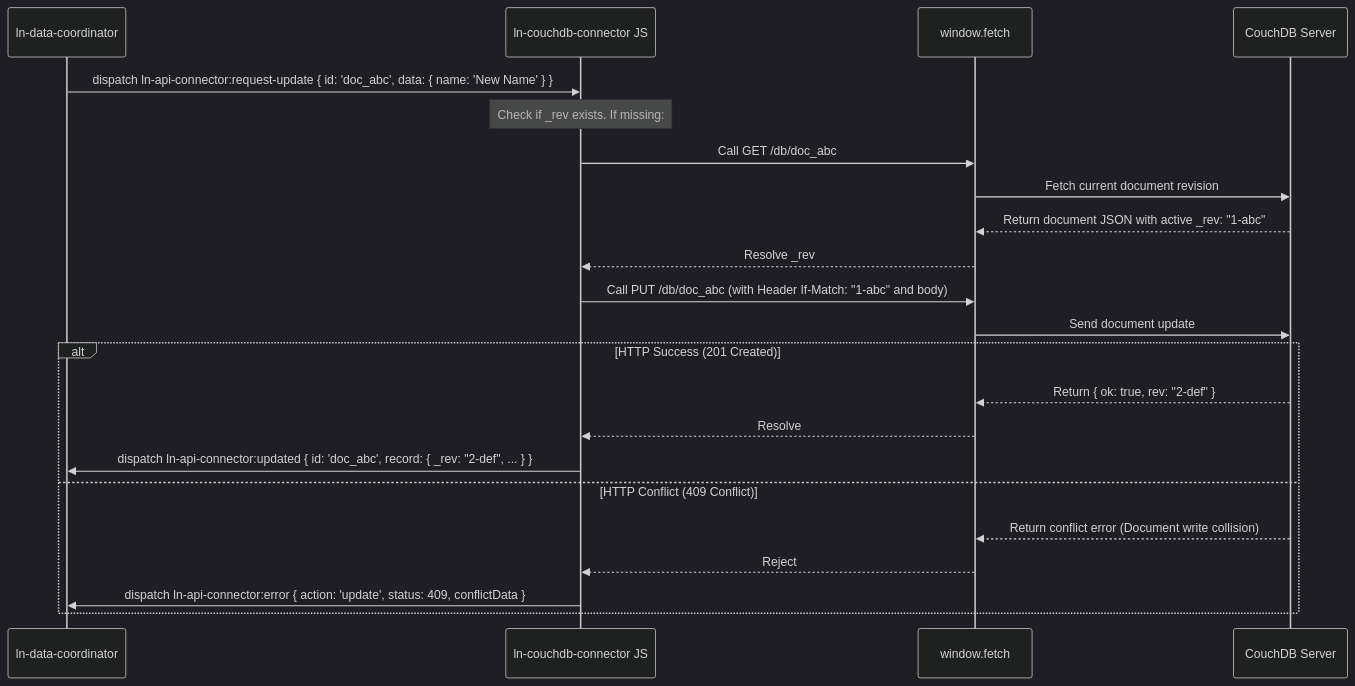
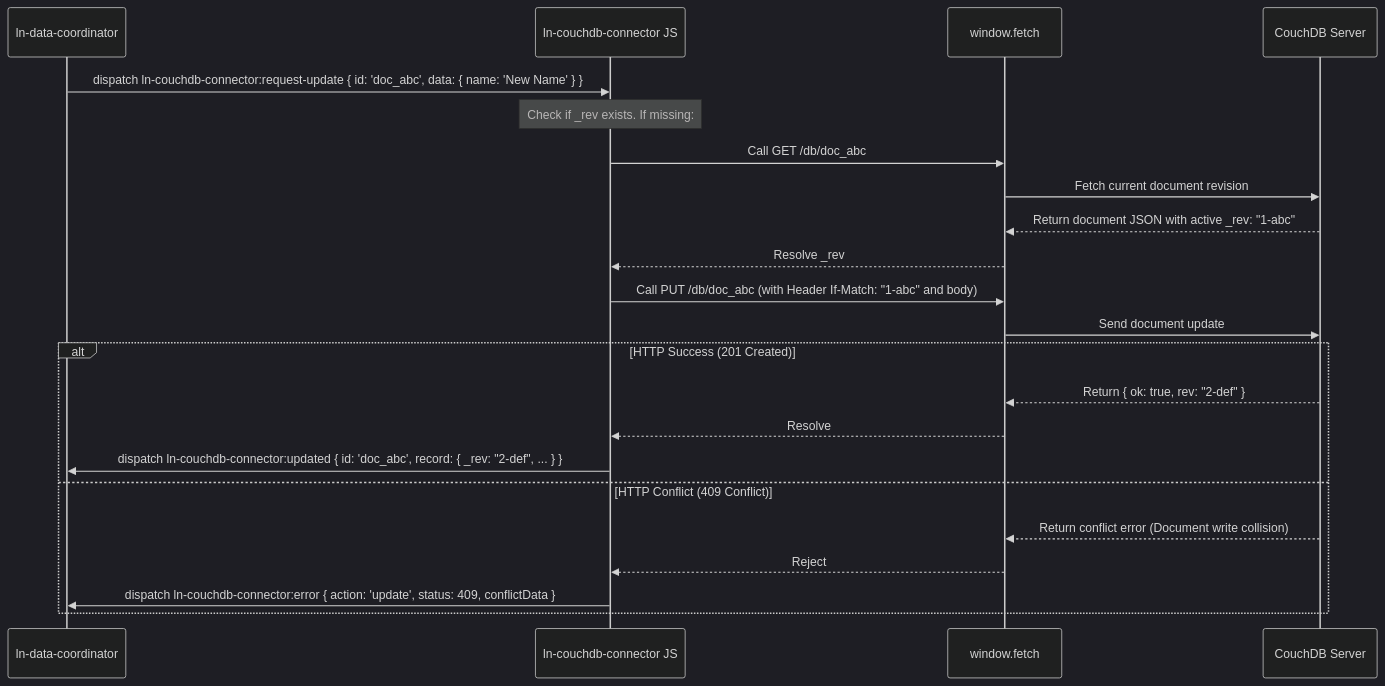
Before and after one commit to livenetworks/ln-ashlar: the diagram in docs-mcp/components/ln-couchdb-connector.md, drawn with Mermaid (dark theme). The commit also changed other lines of this file and 27 other files, not shown here.

Commit message:
refactor(events,connectors): isolate connector namespaces, purge request-fetch alias, and align event schemas

````diff
--- a/docs-mcp/components/ln-couchdb-connector.md
+++ b/docs-mcp/components/ln-couchdb-connector.md
@@ -120,28 +118,28 @@
 ```mermaid
 sequenceDiagram
     participant Coordinator as ln-data-coordinator
     participant Connector as ln-couchdb-connector JS
     participant Fetch as window.fetch
     participant CouchDB as CouchDB Server
 
-    Coordinator->>Connector: dispatch ln-api-connector:request-update { id: 'doc_abc', data: { name: 'New Name' } }
+    Coordinator->>Connector: dispatch ln-couchdb-connector:request-update { id: 'doc_abc', data: { name: 'New Name' } }
     Note over Connector: Check if _rev exists. If missing:
     
     Connector->>Fetch: Call GET /db/doc_abc
     Fetch->>CouchDB: Fetch current document revision
     CouchDB-->>Fetch: Return document JSON with active _rev: "1-abc"
     Fetch-->>Connector: Resolve _rev
     
     Connector->>Fetch: Call PUT /db/doc_abc (with Header If-Match: "1-abc" and body)
     Fetch->>CouchDB: Send document update
     
     alt HTTP Success (201 Created)
         CouchDB-->>Fetch: Return { ok: true, rev: "2-def" }
         Fetch-->>Connector: Resolve
-        Connector->>Coordinator: dispatch ln-api-connector:updated { id: 'doc_abc', record: { _rev: "2-def", ... } }
+        Connector->>Coordinator: dispatch ln-couchdb-connector:updated { id: 'doc_abc', record: { _rev: "2-def", ... } }
     else HTTP Conflict (409 Conflict)
         CouchDB-->>Fetch: Return conflict error (Document write collision)
         Fetch-->>Connector: Reject
-        Connector->>Coordinator: dispatch ln-api-connector:error { action: 'update', status: 409, conflictData }
+        Connector->>Coordinator: dispatch ln-couchdb-connector:error { action: 'update', status: 409, conflictData }
     end
 ```
````
